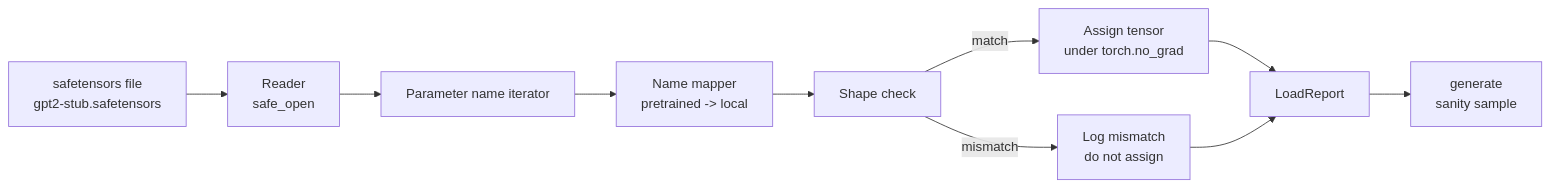
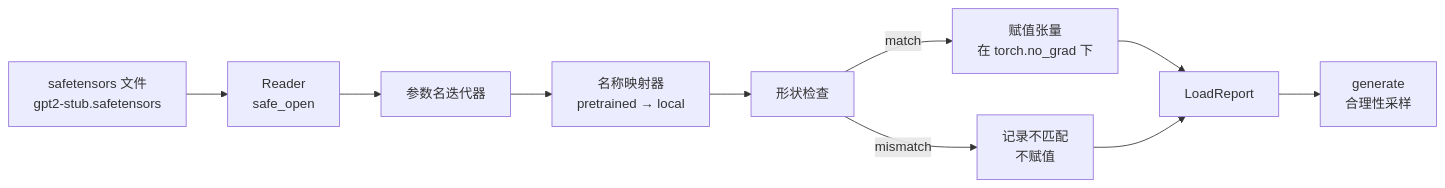
Before and after one commit to JerryC8080/ai-engineering-from-scratch-zh: the diagram in phases/19-capstone-projects/37-loading-pretrained-weights/docs/zh.md, drawn with Mermaid. The commit also changed 156 other files, not shown here.

First line of the commit message:
i18n(zh): translate mermaid diagram labels in 157 lesson zh.md

````diff
--- a/phases/19-capstone-projects/37-loading-pretrained-weights/docs/zh.md
+++ b/phases/19-capstone-projects/37-loading-pretrained-weights/docs/zh.md
@@ -28,12 +28,12 @@
 ```mermaid
 flowchart LR
-  SF[safetensors file<br/>gpt2-stub.safetensors] --> R[Reader<br/>safe_open]
-  R --> N[Parameter name iterator]
-  N --> M[Name mapper<br/>pretrained -> local]
-  M --> S[Shape check]
-  S -- match --> A[Assign tensor<br/>under torch.no_grad]
-  S -- mismatch --> E[Log mismatch<br/>do not assign]
+  SF[safetensors 文件<br/>gpt2-stub.safetensors] --> R[Reader<br/>safe_open]
+  R --> N[参数名迭代器]
+  N --> M[名称映射器<br/>pretrained → local]
+  M --> S[形状检查]
+  S -- match --> A[赋值张量<br/>在 torch.no_grad 下]
+  S -- mismatch --> E[记录不匹配<br/>不赋值]
   A --> RP[LoadReport]
   E --> RP
-  RP --> G[generate<br/>sanity sample]
+  RP --> G[generate<br/>合理性采样]
 ```
````
